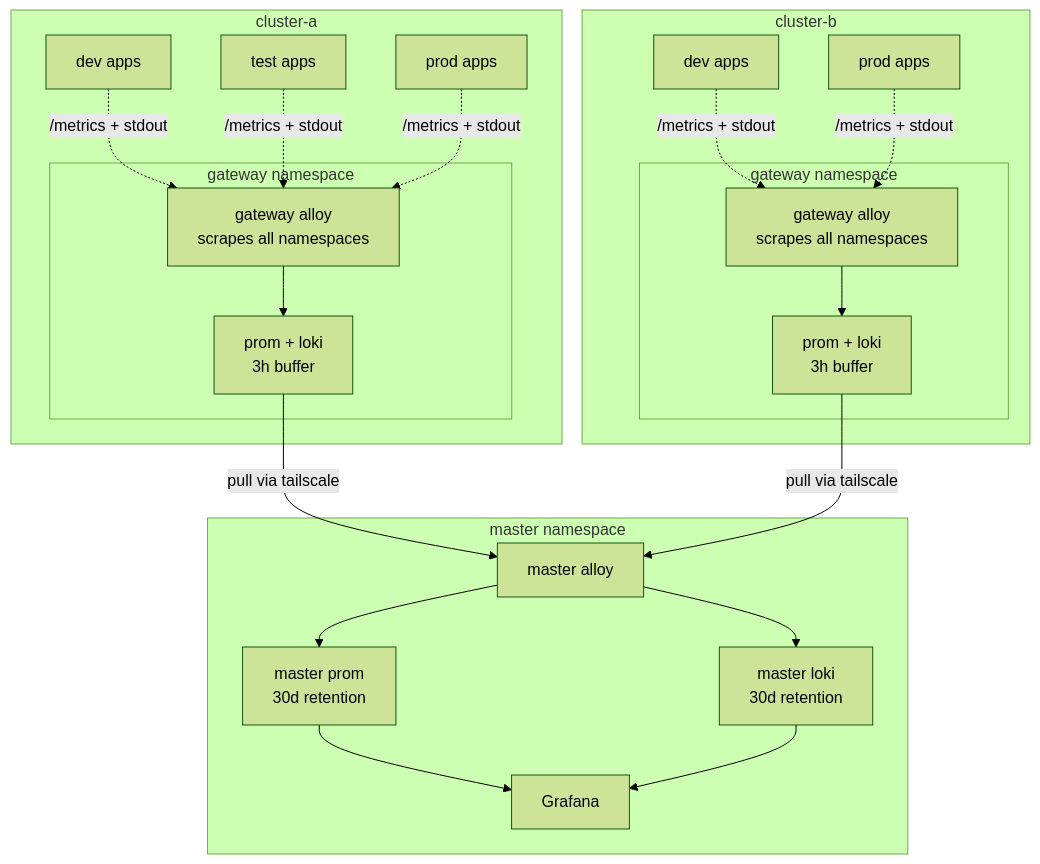
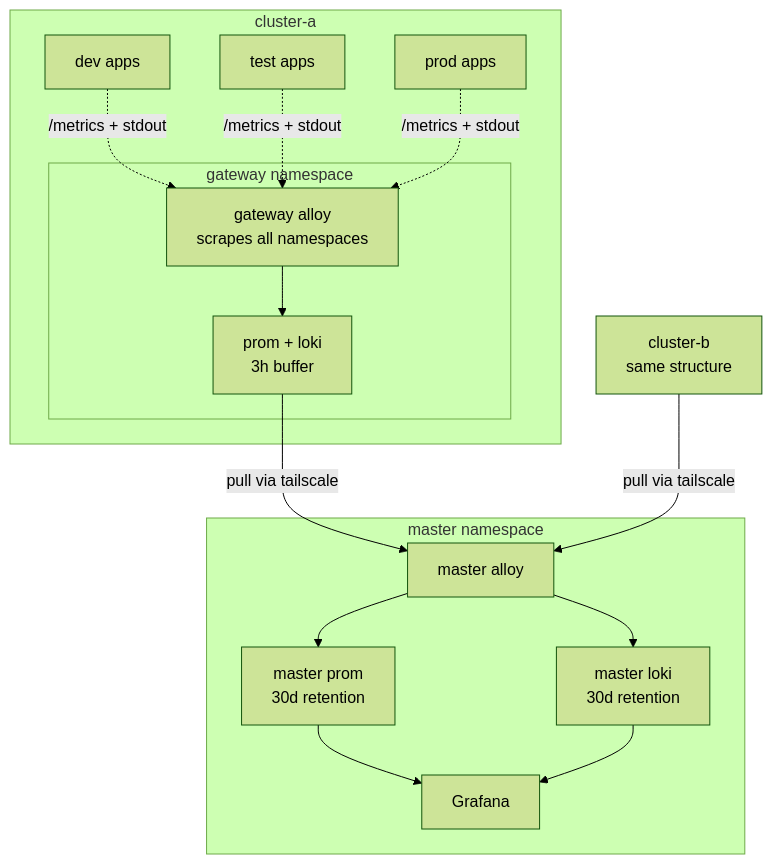
One commit to Kord96/kordinate changed the second of 5 diagrams in docs/infrastructure.md. Above: the diagram before and after it, drawn with Mermaid (forest theme).

Commit message:
docs: collapse cluster-b to single box in architecture diagram [scribe]

````diff
--- a/docs/infrastructure.md
+++ b/docs/infrastructure.md
@@ -31,33 +31,25 @@
 ```mermaid
 flowchart TB
     subgraph CA[cluster-a]
         A1[dev apps] & A2[test apps] & A3[prod apps]
 
         subgraph gw-a[gateway namespace]
             GA[gateway alloy<br/>scrapes all namespaces] --> PA[prom + loki<br/>3h buffer]
         end
 
         A1 & A2 & A3 -.->|/metrics + stdout| GA
     end
 
     subgraph M[master namespace]
         MA[master alloy] --> MP[master prom<br/>30d retention]
         MA --> ML[master loki<br/>30d retention]
         MP --> G[Grafana]
         ML --> G
     end
 
     PA -->|pull via tailscale| MA
 
-    subgraph CB[cluster-b]
-        B1[dev apps] & B2[prod apps]
+    CB[cluster-b<br/>same structure]
 
-        subgraph gw-b[gateway namespace]
-            GB[gateway alloy<br/>scrapes all namespaces] --> PB[prom + loki<br/>3h buffer]
-        end
-
-        B1 & B2 -.->|/metrics + stdout| GB
-    end
-
-    PB -->|pull via tailscale| MA
+    CB -->|pull via tailscale| MA
 ```
````
